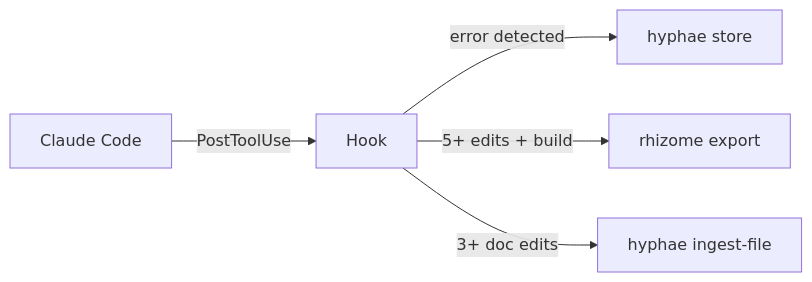
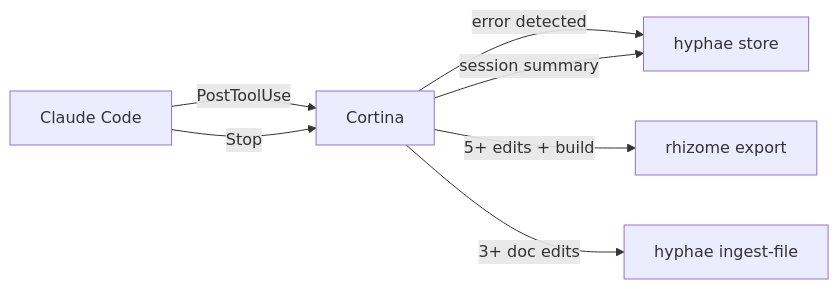
The seventh of 8 diagrams in docs/INTEGRATION.md (basidiocarp/.github), drawn with Mermaid before and after one commit. The commit also changed other lines of this file and 1 other file, not shown here.

First line of the commit message:
docs: add stipe and cortina, update architecture diagrams

````diff
--- a/docs/INTEGRATION.md
+++ b/docs/INTEGRATION.md
@@ -121,7 +125,9 @@
 ```mermaid
 flowchart LR
-    Claude["Claude Code"] -->|"PostToolUse"| Hook["Hook"]
-    Hook -->|"error detected"| Store["hyphae store"]
-    Hook -->|"5+ edits + build"| Export["rhizome export"]
-    Hook -->|"3+ doc edits"| Ingest["hyphae ingest-file"]
+    Claude["Claude Code"] -->|"PostToolUse"| Cortina["Cortina"]
+    Cortina -->|"error detected"| Store["hyphae store"]
+    Cortina -->|"5+ edits + build"| Export["rhizome export"]
+    Cortina -->|"3+ doc edits"| Ingest["hyphae ingest-file"]
+    Claude -->|"Stop"| Cortina
+    Cortina -->|"session summary"| Store
 ```
````
